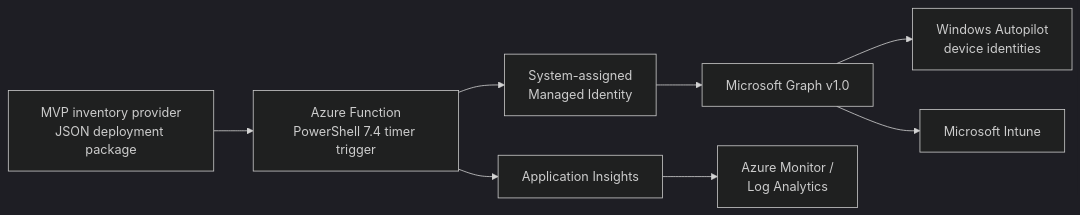
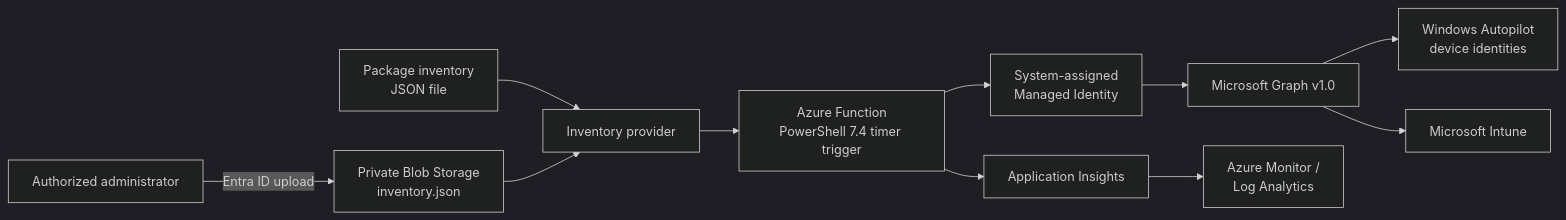
One commit to robgrame/Autopilot-Device-Configuration changed the diagram in README.md. Above: the diagram before and after it, drawn with Mermaid (dark theme). The commit also changed other lines of this file and 11 other files, not shown here.

First line of the commit message:
feat: add private Blob inventory ingestion

````diff
--- a/README.md
+++ b/README.md
@@ -23,10 +65,13 @@
 ```mermaid
 flowchart LR
-    Inventory["MVP inventory provider<br/>JSON deployment package"] --> Function["Azure Function<br/>PowerShell 7.4 timer trigger"]
+    Package["Package inventory<br/>JSON file"] --> Provider["Inventory provider"]
+    Blob["Private Blob Storage<br/>inventory.json"] --> Provider
+    Admin["Authorized administrator"] -->|Entra ID upload| Blob
+    Provider --> Function["Azure Function<br/>PowerShell 7.4 timer trigger"]
     Function --> Identity["System-assigned<br/>Managed Identity"]
     Identity --> Graph["Microsoft Graph v1.0"]
     Graph --> Autopilot["Windows Autopilot<br/>device identities"]
     Graph --> Intune["Microsoft Intune"]
     Function --> AppInsights["Application Insights"]
     AppInsights --> Monitor["Azure Monitor /<br/>Log Analytics"]
 ```
````
